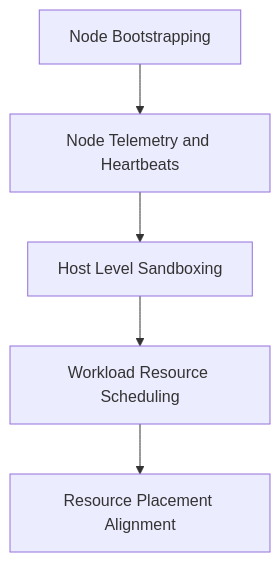
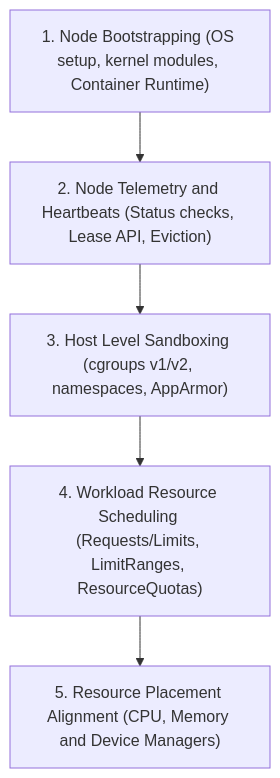
One commit to kmashour/BrainDump changed the diagram in Reference Notes/03_node_mechanics_and_resource_limits.md. Above: the diagram before and after it, drawn with Mermaid. The commit also changed 15 other files, not shown here.

Commit message:
docs: restore detailed informative mermaid diagrams replacing ampersands with 'and'

````diff
--- a/Reference Notes/03_node_mechanics_and_resource_limits.md
+++ b/Reference Notes/03_node_mechanics_and_resource_limits.md
@@ -11,7 +11,7 @@
 ```mermaid
 graph TD
-    A["Node Bootstrapping"] --> B["Node Telemetry and Heartbeats"]
-    B --> C["Host Level Sandboxing"]
-    C --> D["Workload Resource Scheduling"]
-    D --> E["Resource Placement Alignment"]
+    A["1. Node Bootstrapping (OS setup, kernel modules, Container Runtime)"] --> B["2. Node Telemetry and Heartbeats (Status checks, Lease API, Eviction)"]
+    B --> C["3. Host Level Sandboxing (cgroups v1/v2, namespaces, AppArmor)"]
+    C --> D["4. Workload Resource Scheduling (Requests/Limits, LimitRanges, ResourceQuotas)"]
+    D --> E["5. Resource Placement Alignment (CPU, Memory and Device Managers)"]
 ```
````
